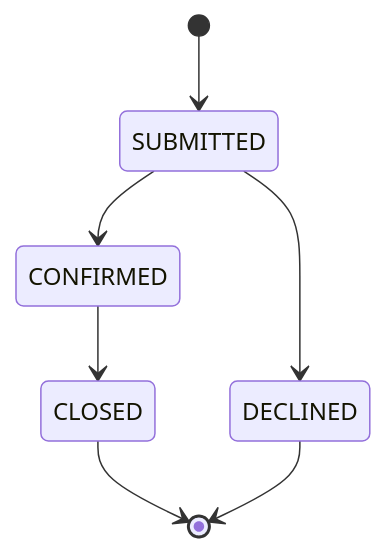
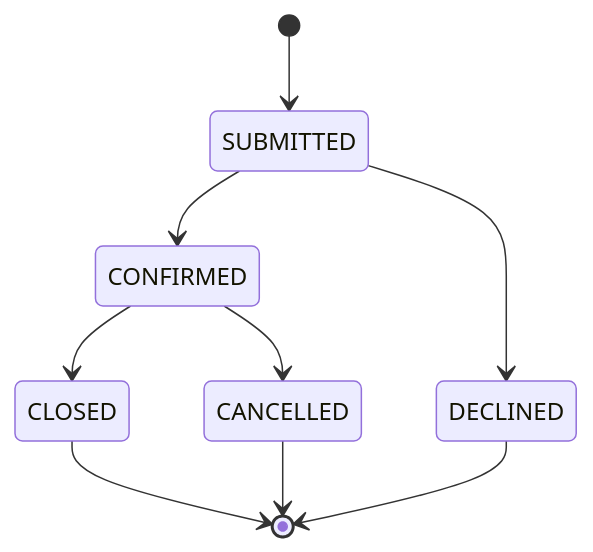
One commit to etherisc/gif-next changed the sixth of 9 diagrams in docs_manual/lifecycle.md. Above: the diagram before and after it, drawn with Mermaid. The commit also changed 7 other files, not shown here.

````diff
--- a/docs_manual/lifecycle.md
+++ b/docs_manual/lifecycle.md
@@ -64,9 +64,11 @@
 ```mermaid
 stateDiagram-v2
     [*] --> SUBMITTED
     SUBMITTED --> CONFIRMED
     SUBMITTED --> DECLINED
     CONFIRMED --> CLOSED
+    CONFIRMED --> CANCELLED
     CLOSED --> [*]
     DECLINED --> [*]
+    CANCELLED --> [*]
 ```
````
